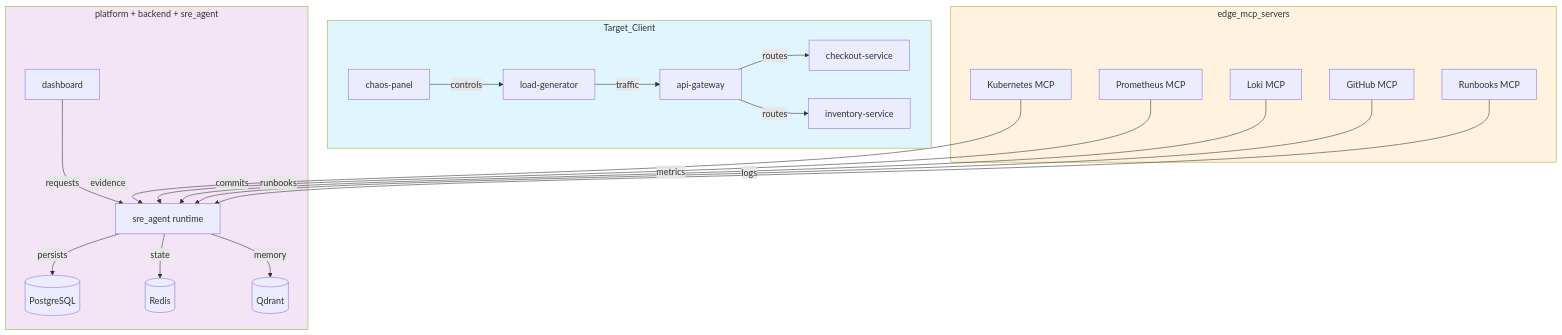
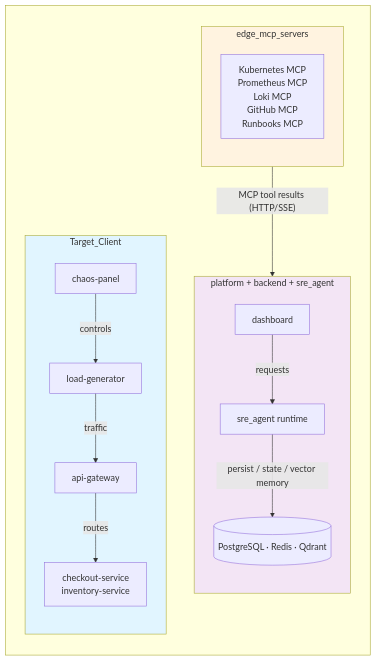
Before and after one commit to jayanth922/Sre-automation: the diagram in docs/architecture/system-topology.mmd, drawn with Mermaid. The commit also changed 16 other files, not shown here.

Commit message:
modified architecture diagrams

```diff
--- a/docs/architecture/system-topology.mmd
+++ b/docs/architecture/system-topology.mmd
@@ -1,42 +1,39 @@
+%% Portrait / Word-friendly: stacked tiers inside one wrapper subgraph (TB).
+%% Detailed MCP wiring: see mcp-integration.mmd. Original twin microservices
+%% are summarized as one node here to avoid a wide gateway fan-out.
+
 graph TB
-    subgraph Target["Target_Client"]
-        LG["load-generator"]
-        GW["api-gateway"]
-        CK["checkout-service"]
-        INV["inventory-service"]
-        CP["chaos-panel"]
-        LG -->|traffic| GW
-        GW -->|routes| CK
-        GW -->|routes| INV
-        CP -->|controls| LG
+    subgraph Topology[" "]
+        direction TB
+
+        subgraph Platform["platform + backend + sre_agent"]
+            direction TB
+            UI["dashboard"]
+            API["sre_agent runtime"]
+            STORES[("PostgreSQL · Redis · Qdrant")]
+            UI -->|requests| API
+            API -->|persist / state / vector memory| STORES
+        end
+
+        subgraph Edge["edge_mcp_servers"]
+            direction TB
+            MCPS["Kubernetes MCP<br/>Prometheus MCP<br/>Loki MCP<br/>GitHub MCP<br/>Runbooks MCP"]
+        end
+
+        subgraph Target["Target_Client"]
+            direction TB
+            CP["chaos-panel"]
+            LG["load-generator"]
+            GW["api-gateway"]
+            SVC["checkout-service<br/>inventory-service"]
+            CP -->|controls| LG
+            LG -->|traffic| GW
+            GW -->|routes| SVC
+        end
     end
 
-    subgraph Edge["edge_mcp_servers"]
-        K8S["Kubernetes MCP"]
-        PR["Prometheus MCP"]
-        LK["Loki MCP"]
-        GH["GitHub MCP"]
-        RB["Runbooks MCP"]
-    end
-
-    subgraph Platform["platform + backend + sre_agent"]
-        UI["dashboard"]
-        API["sre_agent runtime"]
-        DB[("PostgreSQL")]
-        REDIS[("Redis")]
-        QDRANT[("Qdrant")]
-        UI -->|requests| API
-        API -->|persists| DB
-        API -->|state| REDIS
-        API -->|memory| QDRANT
-    end
-
-    K8S -->|evidence| API
-    PR -->|metrics| API
-    LK -->|logs| API
-    GH -->|commits| API
-    RB -->|runbooks| API
+    MCPS -->|"MCP tool results (HTTP/SSE)"| API
 
     style Target fill:#e1f5ff
     style Edge fill:#fff3e0
     style Platform fill:#f3e5f5
```
